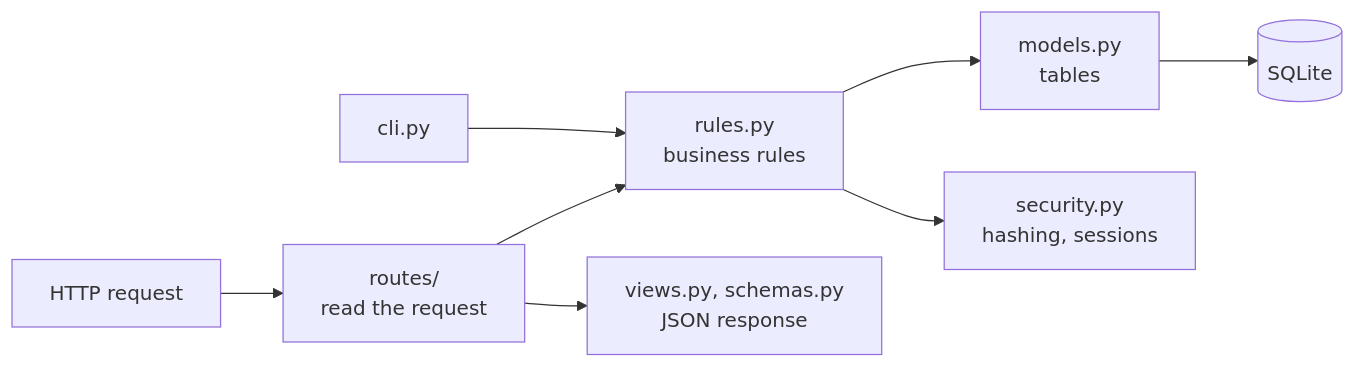
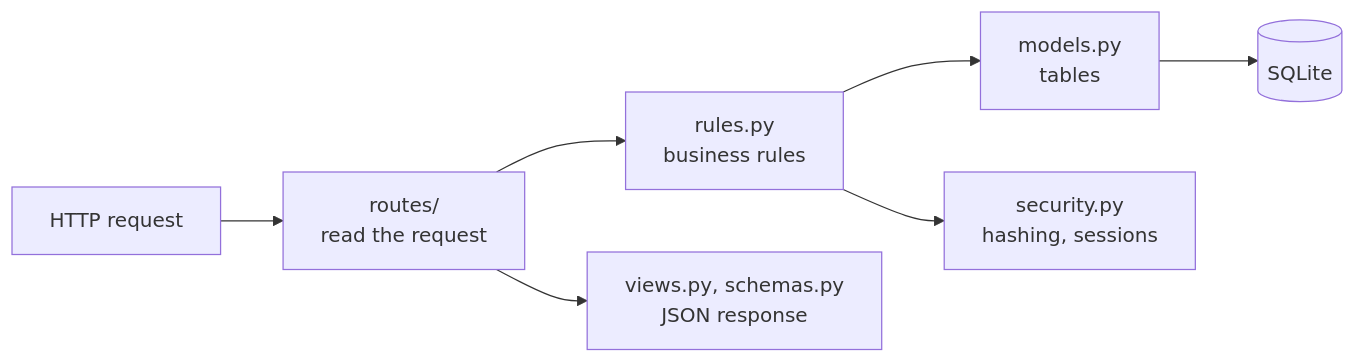
The second of 2 diagrams in README.md (Yu-TingLee/IM5068-final-project), drawn with Mermaid before and after one commit. The commit also changed other lines of this file, not shown here.

Commit message:
docs: refine architecture diagram

````diff
--- a/README.md
+++ b/README.md
@@ -25,10 +24,9 @@
 ```mermaid
 flowchart LR
     Req["HTTP request"] --> Routes["routes/<br/>read the request"]
     Routes --> Rules["rules.py<br/>business rules"]
     Rules --> Models["models.py<br/>tables"]
     Models --> DB[("SQLite")]
     Rules --> Security["security.py<br/>hashing, sessions"]
     Routes --> Views["views.py, schemas.py<br/>JSON response"]
-    CLI["cli.py"] --> Rules
 ```
````
